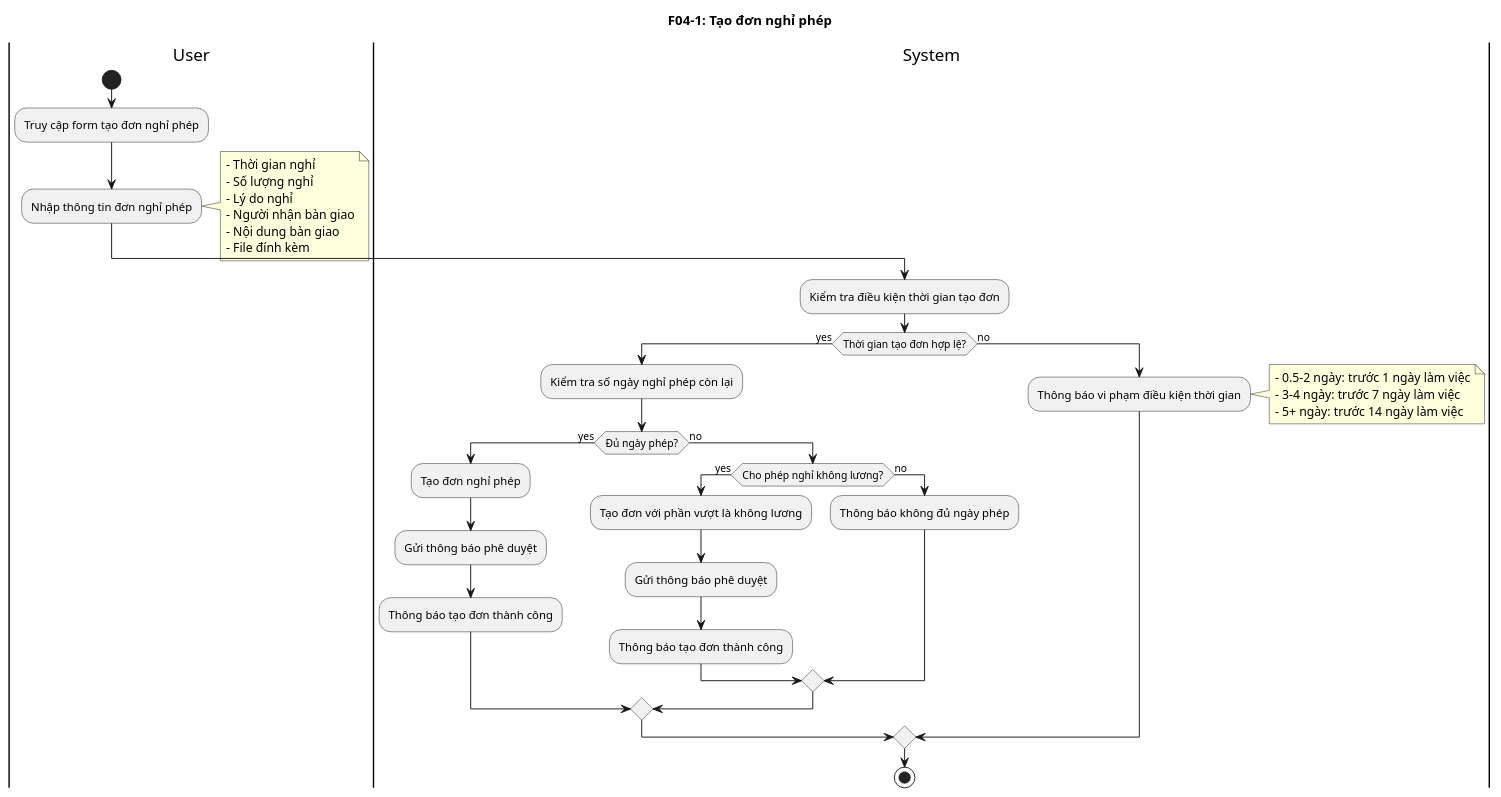
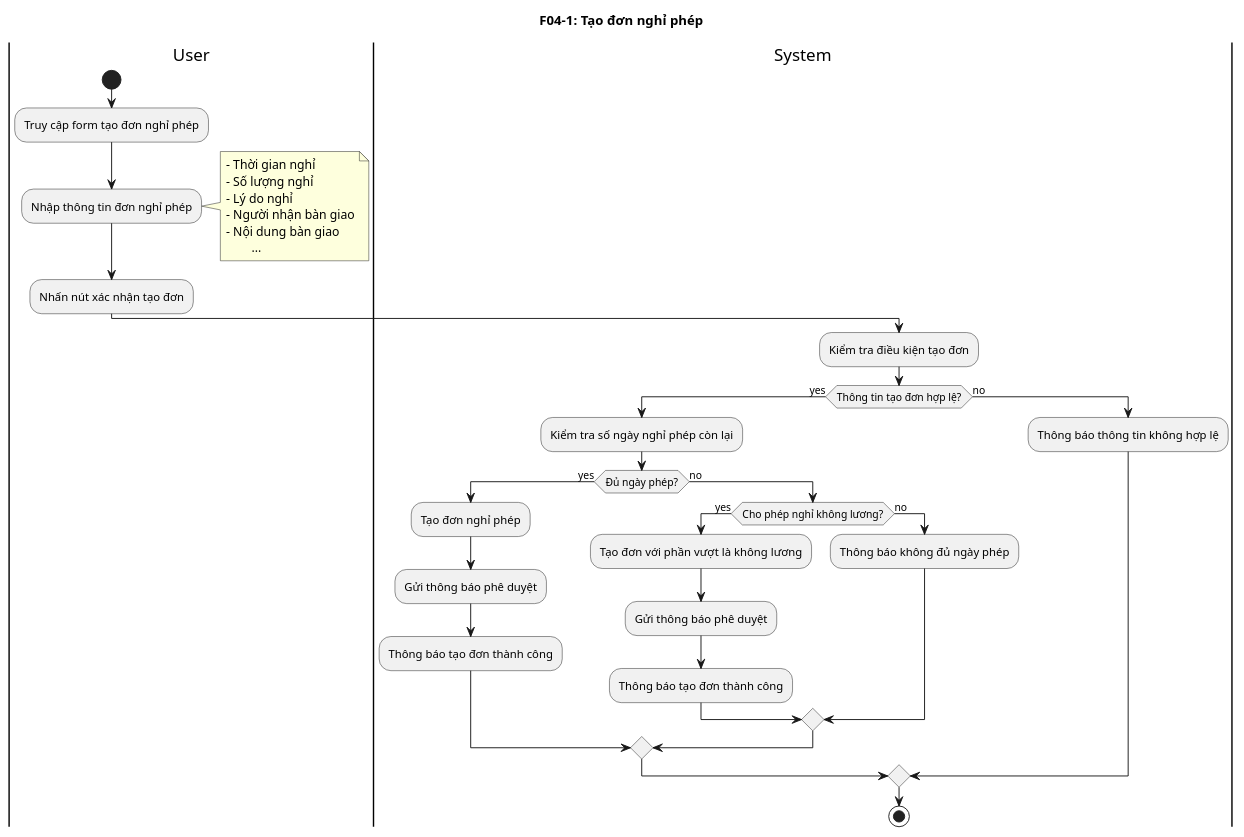
The fourth of 34 diagrams in activity_diagrams.puml (hoangh-e/PowerAppp_AppNghiPhep), drawn with PlantUML before and after one commit. The commit also changed other lines of this file and 25 other files, not shown here.

```diff
--- a/activity_diagrams.puml
+++ b/activity_diagrams.puml
@@ -48,41 +52,42 @@
 @startuml F04_Create_Leave_Request
 title F04-1: Tạo đơn nghỉ phép
 |User|
 start
 :Truy cập form tạo đơn nghỉ phép;
 :Nhập thông tin đơn nghỉ phép;
 note right
 - Thời gian nghỉ
 - Số lượng nghỉ
 - Lý do nghỉ
 - Người nhận bàn giao
 - Nội dung bàn giao
-- File đính kèm
+        ...
 end note
+:Nhấn nút xác nhận tạo đơn;
 |System|
-:Kiểm tra điều kiện thời gian tạo đơn;
-if (Thời gian tạo đơn hợp lệ?) then (yes)
+:Kiểm tra điều kiện tạo đơn;
+if (Thông tin tạo đơn hợp lệ?) then (yes)
   :Kiểm tra số ngày nghỉ phép còn lại;
   if (Đủ ngày phép?) then (yes)
     :Tạo đơn nghỉ phép;
     :Gửi thông báo phê duyệt;
     :Thông báo tạo đơn thành công;
   else (no)
     if (Cho phép nghỉ không lương?) then (yes)
       :Tạo đơn với phần vượt là không lương;
       :Gửi thông báo phê duyệt;
       :Thông báo tạo đơn thành công;
     else (no)
       :Thông báo không đủ ngày phép;
     endif
   endif
 else (no)
-  :Thông báo vi phạm điều kiện thời gian;
-  note right
-  - 0.5-2 ngày: trước 1 ngày làm việc
-  - 3-4 ngày: trước 7 ngày làm việc
-  - 5+ ngày: trước 14 ngày làm việc
-  end note
+  :Thông báo thông tin không hợp lệ;
+  /'note right'/
+  /'- 0.5-2 ngày: trước 1 ngày làm việc'/
+  /'- 3-4 ngày: trước 7 ngày làm việc'/
+  /'- 5+ ngày: trước 14 ngày làm việc'/
+  /'end note'/
 endif
 stop
 @enduml
```
